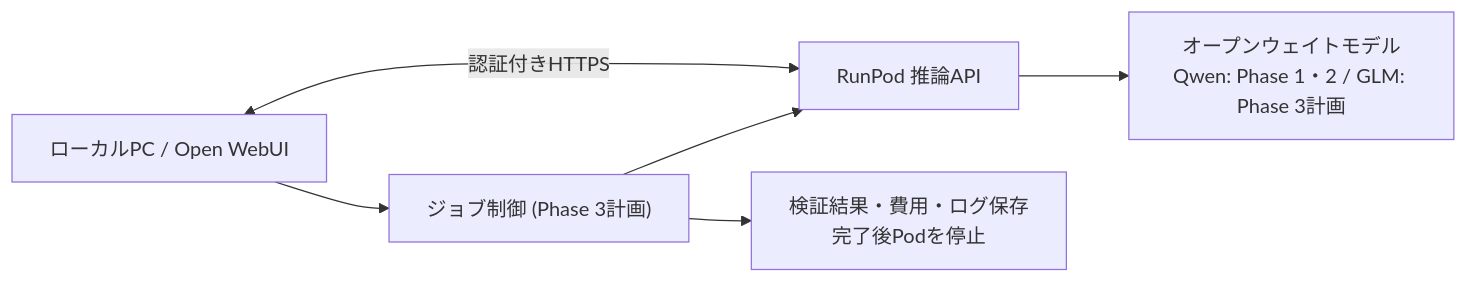
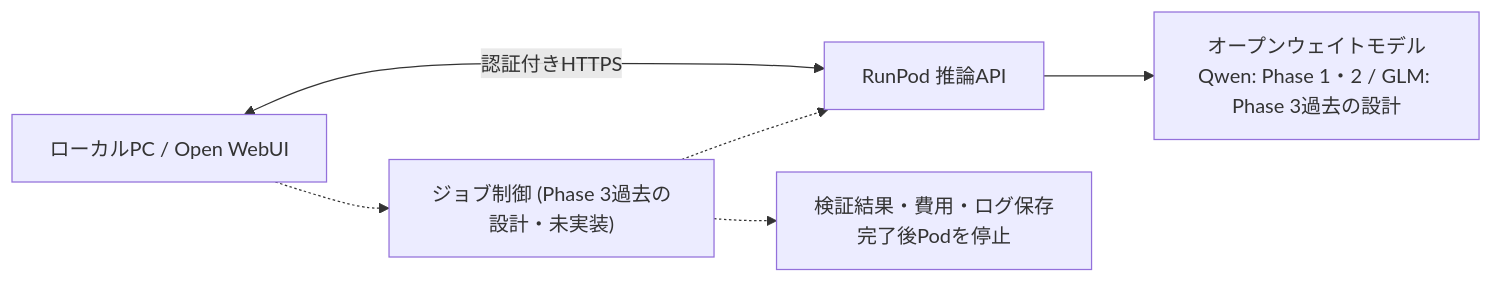
The diagram in README.ja.md (moruku36/open-llm-multimodal-lab), drawn with Mermaid before and after one commit. The commit also changed other lines of this file and 8 other files, not shown here.

````diff
--- a/README.ja.md
+++ b/README.ja.md
@@ -17,8 +19,8 @@
 ```mermaid
 flowchart LR
     U["ローカルPC / Open WebUI"] <-->|"認証付きHTTPS"| API["RunPod 推論API"]
-    API --> M["オープンウェイトモデル<br/>Qwen: Phase 1・2 / GLM: Phase 3計画"]
-    U --> J["ジョブ制御 (Phase 3計画)"]
-    J --> API
-    J --> R["検証結果・費用・ログ保存<br/>完了後Podを停止"]
+    API --> M["オープンウェイトモデル<br/>Qwen: Phase 1・2 / GLM: Phase 3過去の設計"]
+    U -.-> J["ジョブ制御 (Phase 3過去の設計・未実装)"]
+    J -.-> API
+    J -.-> R["検証結果・費用・ログ保存<br/>完了後Podを停止"]
 ```
````
